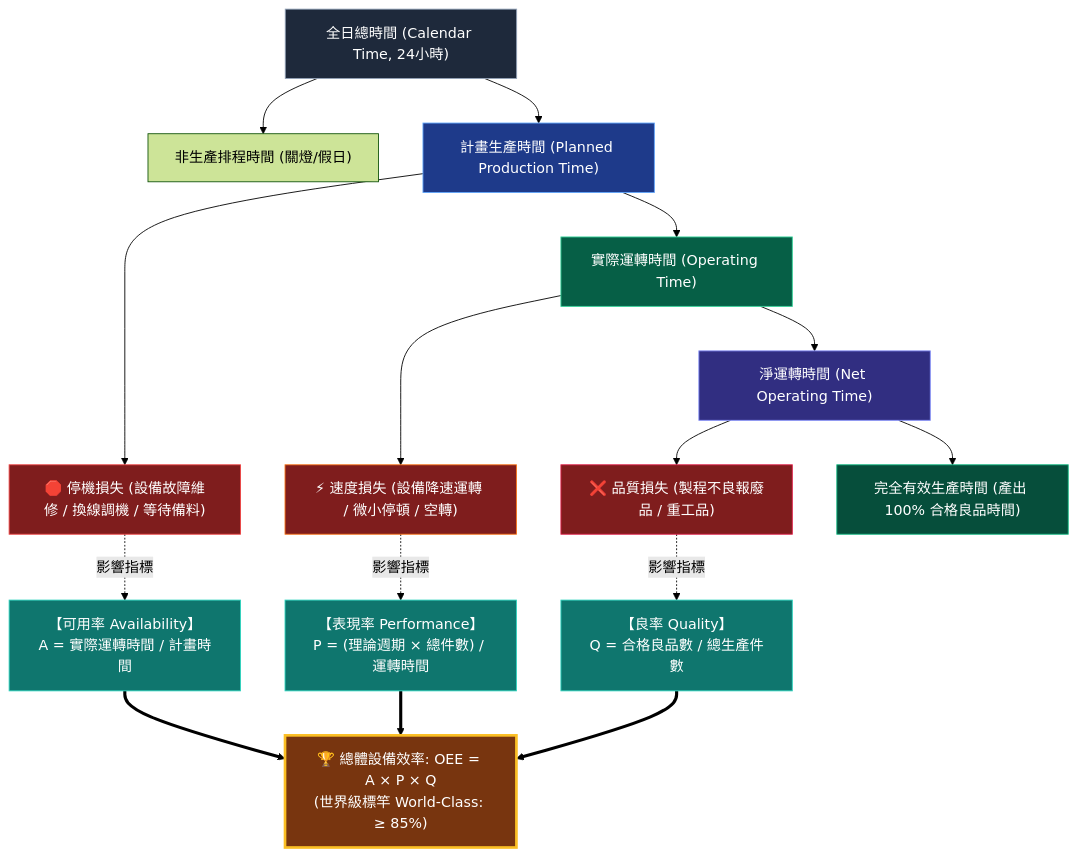
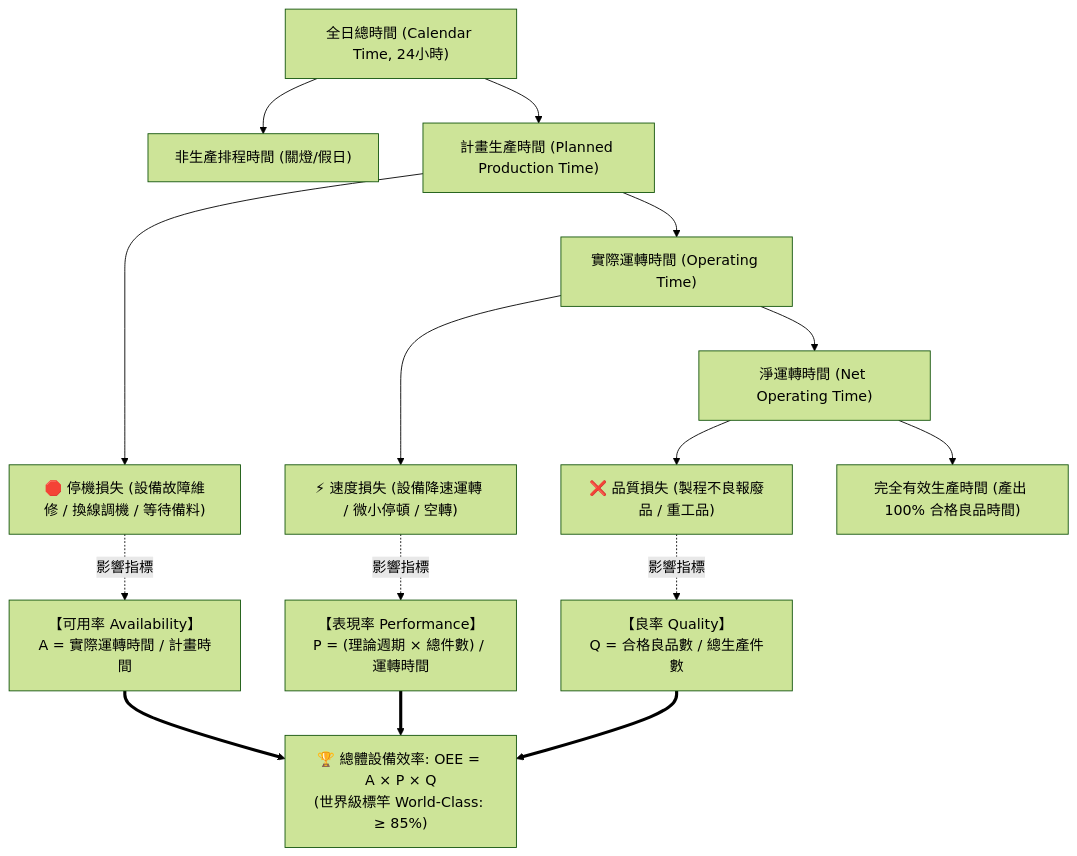
The fourth of 5 diagrams in notes/aiot/s2_物聯網系統與應用/L122_軟硬體設計.md (ta-lang/iPAS_Test), drawn with Mermaid (forest theme) before and after one commit. The commit also changed other lines of this file and 16 other files, not shown here.

Commit message:
fix(mermaid): remove hardcoded styles, add high-contrast theme CSS, and forbid color styling in SOP

````diff
--- a/notes/aiot/s2_物聯網系統與應用/L122_軟硬體設計.md
+++ b/notes/aiot/s2_物聯網系統與應用/L122_軟硬體設計.md
@@ -157,32 +149,20 @@
 ```mermaid
 flowchart TD
     CAL["全日總時間 (Calendar Time, 24小時)"] --> OFF["非生產排程時間 (關燈/假日)"]
     CAL --> PLAN["計畫生產時間 (Planned Production Time)"]
 
     PLAN --> STOP["🛑 停機損失 (設備故障維修 / 換線調機 / 等待備料)"]
     PLAN --> RUN["實際運轉時間 (Operating Time)"]
     STOP -.->|"影響指標"| AVAIL["【可用率 Availability】<br>A = 實際運轉時間 / 計畫時間"]
 
     RUN --> SPEED["⚡ 速度損失 (設備降速運轉 / 微小停頓 / 空轉)"]
     RUN --> NET["淨運轉時間 (Net Operating Time)"]
     SPEED -.->|"影響指標"| PERF["【表現率 Performance】<br>P = (理論週期 × 總件數) / 運轉時間"]
 
     NET --> DEFECT["❌ 品質損失 (製程不良報廢品 / 重工品)"]
     NET --> GOOD["完全有效生產時間 (產出 100% 合格良品時間)"]
     DEFECT -.->|"影響指標"| QUAL["【良率 Quality】<br>Q = 合格良品數 / 總生產件數"]
 
     AVAIL & PERF & QUAL ==> TOTAL_OEE["🏆 總體設備效率: OEE = A × P × Q<br>(世界級標竿 World-Class: ≥ 85%)"]
 
-    style CAL fill:#1e293b,stroke:#94a3b8,color:#fff
-    style PLAN fill:#1e3a8a,stroke:#60a5fa,color:#fff
-    style RUN fill:#065f46,stroke:#34d399,color:#fff
-    style NET fill:#312e81,stroke:#818cf8,color:#fff
-    style GOOD fill:#064e3b,stroke:#10b981,color:#fff
-    style TOTAL_OEE fill:#78350f,stroke:#fbbf24,stroke-width:3px,color:#fff
-    style STOP fill:#7f1d1d,stroke:#ef4444,color:#fff
-    style SPEED fill:#7f1d1d,stroke:#f97316,color:#fff
-    style DEFECT fill:#7f1d1d,stroke:#e11d48,color:#fff
-    style AVAIL fill:#0f766e,stroke:#2dd4bf,color:#fff
-    style PERF fill:#0f766e,stroke:#2dd4bf,color:#fff
-    style QUAL fill:#0f766e,stroke:#2dd4bf,color:#fff
 ```
````
